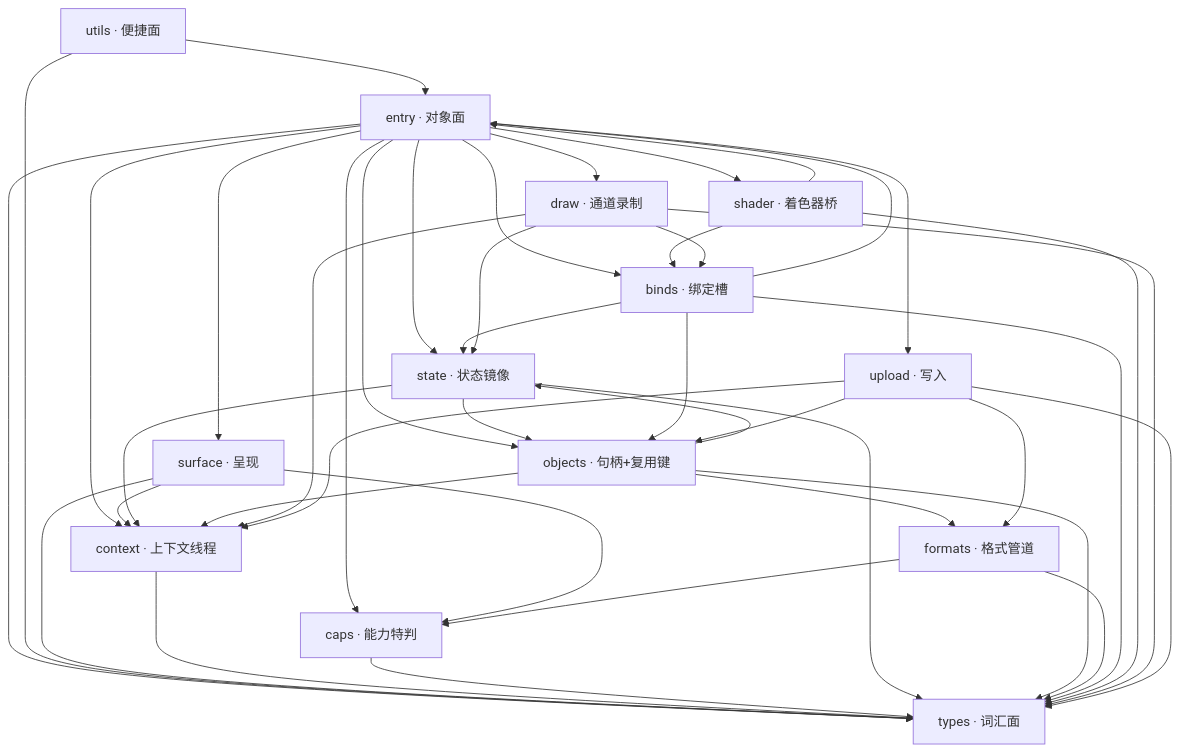
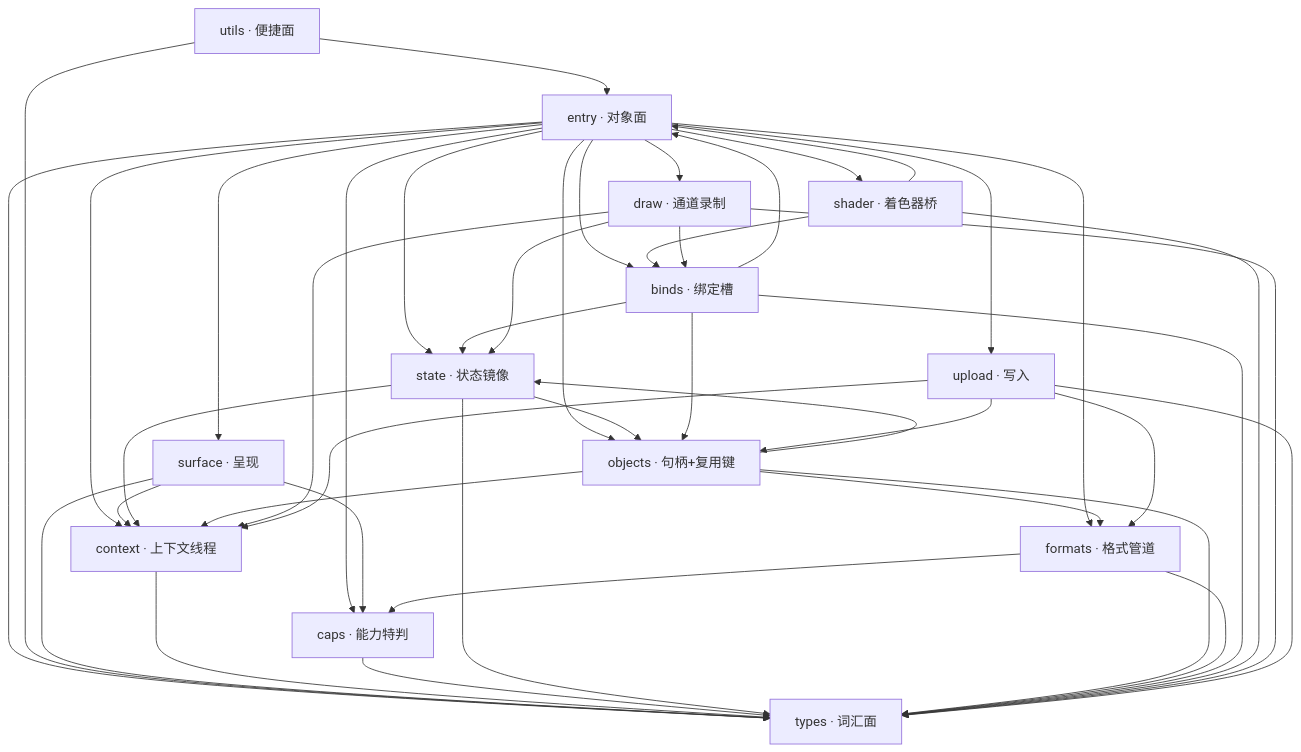
One commit to GaiaWorld/pi_wgpu changed the first of 7 diagrams in design/pi-wgpu-rebuild/05-modules/deps.md. Above: the diagram before and after it, drawn with Mermaid. The commit also changed other lines of this file and 11 other files, not shown here.

````diff
--- a/design/pi-wgpu-rebuild/05-modules/deps.md
+++ b/design/pi-wgpu-rebuild/05-modules/deps.md
@@ -32,57 +33,58 @@
 ```mermaid
 flowchart TD
   types["types · 词汇面"]
   entry["entry · 对象面"]
   surface["surface · 呈现"]
   context["context · 上下文线程"]
   caps["caps · 能力特判"]
   state["state · 状态镜像"]
   objects["objects · 句柄+复用键"]
   formats["formats · 格式管道"]
   binds["binds · 绑定槽"]
   shader["shader · 着色器桥"]
   draw["draw · 通道录制"]
   upload["upload · 写入"]
   utils["utils · 便捷面"]
   entry --> types
   entry --> surface
   entry --> context
   entry --> caps
   entry --> state
+  entry --> formats
   entry --> objects
   entry --> binds
   entry --> shader
   entry --> draw
   entry --> upload
   utils --> types
   utils --> entry
   surface --> types
   surface --> context
   surface --> caps
   context --> types
   caps --> types
   state --> types
   state --> context
   state --> objects
   objects --> types
   objects --> context
   objects --> formats
   objects --> state
   formats --> types
   formats --> caps
   binds --> types
   binds --> state
   binds --> entry
   binds --> objects
   shader --> types
   shader --> binds
   shader --> entry
   draw --> types
   draw --> state
   draw --> binds
   draw --> context
   upload --> types
   upload --> objects
   upload --> context
   upload --> formats
 ```
````
